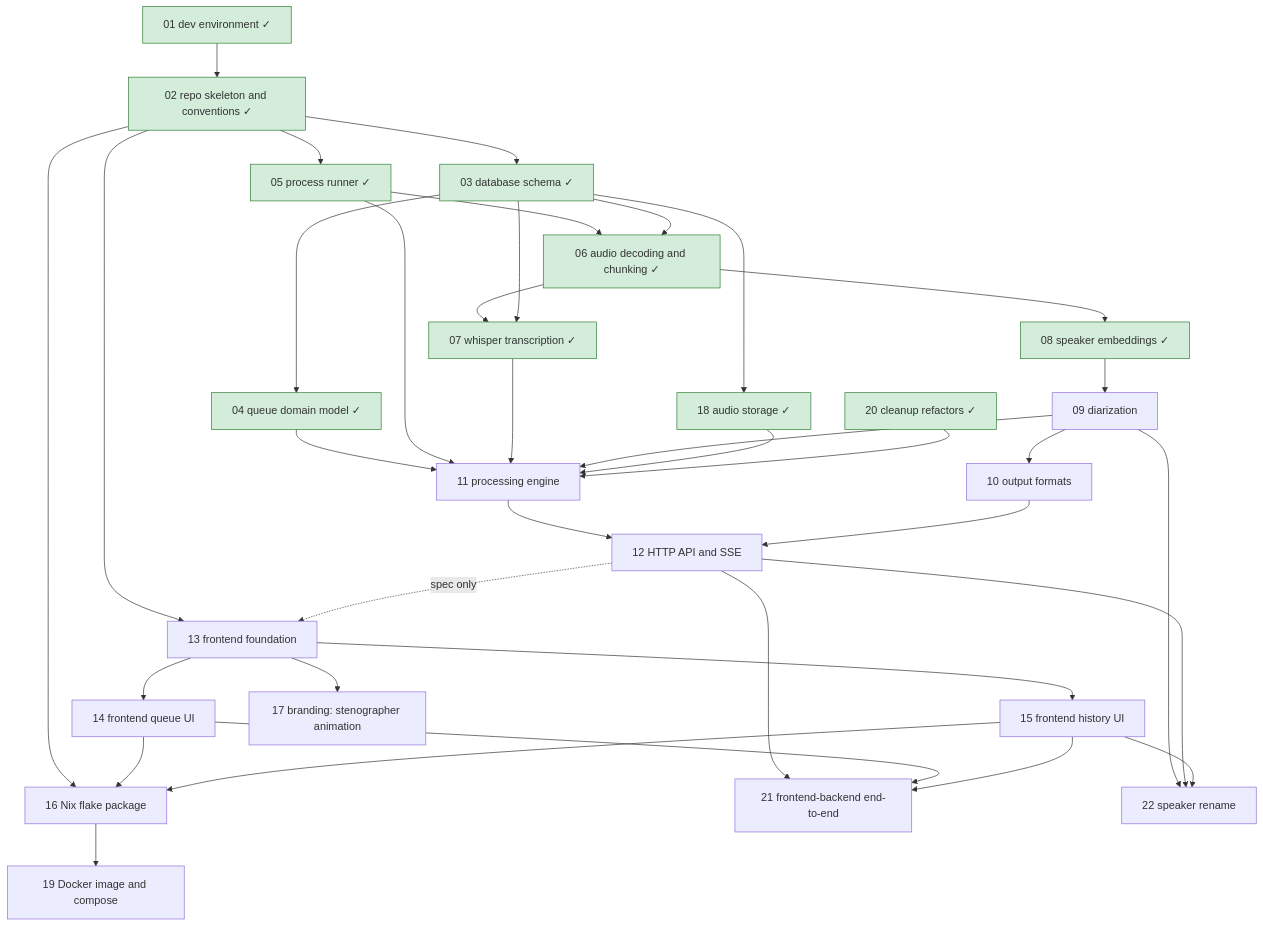
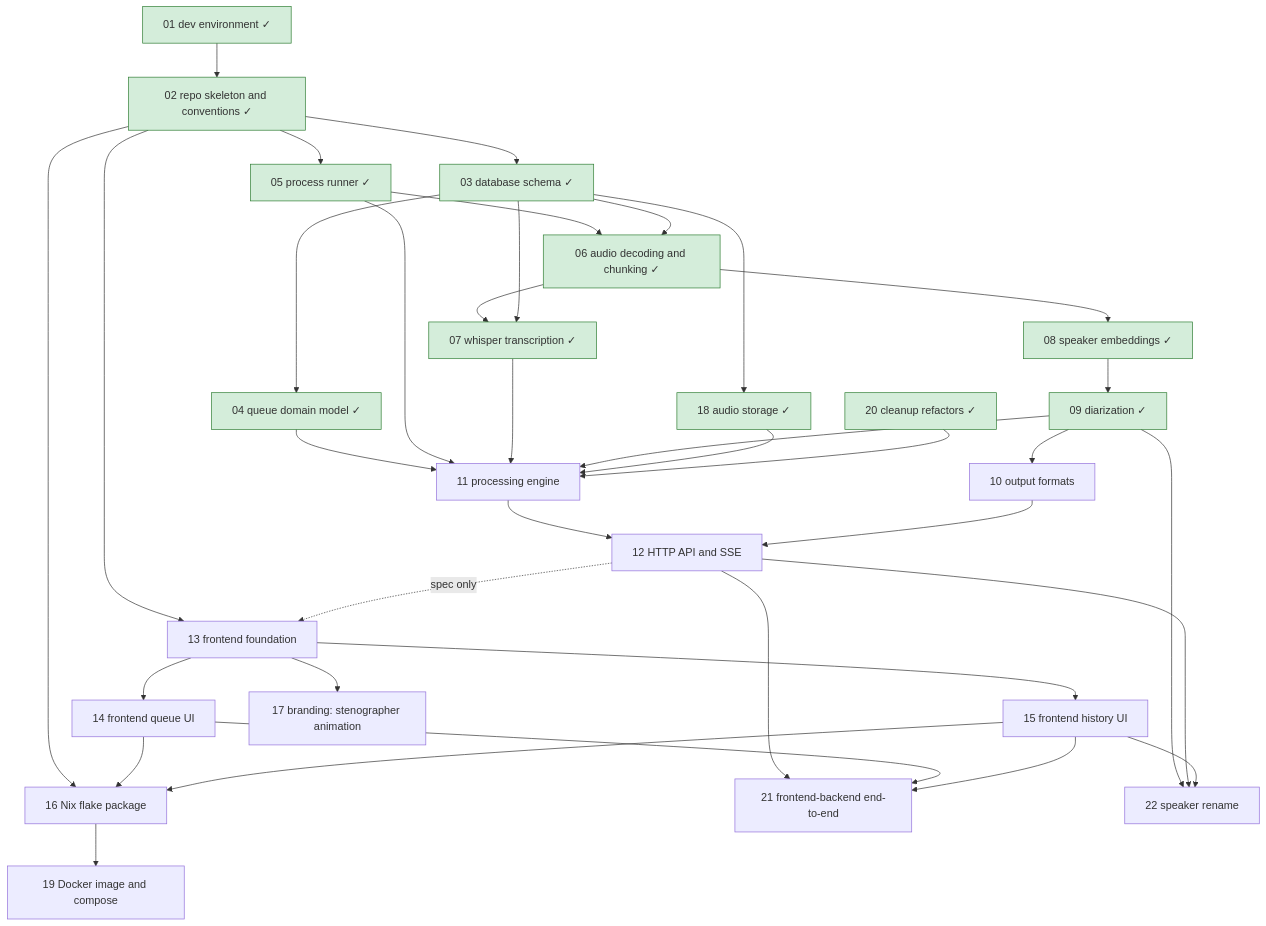
One commit to lulu-berlin/speech-to-text-app changed the diagram in roadmap/README.md. Above: the diagram before and after it, drawn with Mermaid. The commit also changed other lines of this file and 5 other files, not shown here.

Commit message:
Complete roadmap item 09: move spec to docs/specs/diarization.md

````diff
--- a/roadmap/README.md
+++ b/roadmap/README.md
@@ -17,40 +17,40 @@
 ```mermaid
 graph TD
   01[01 dev environment ✓]:::done --> 02[02 repo skeleton and conventions ✓]:::done
   02 --> 03[03 database schema ✓]:::done
   03 --> 04[04 queue domain model ✓]:::done
   02 --> 05[05 process runner ✓]:::done
   05 --> 06[06 audio decoding and chunking ✓]:::done
   03 --> 06
   06 --> 07[07 whisper transcription ✓]:::done
   03 --> 07
   06 --> 08[08 speaker embeddings ✓]:::done
-  08 --> 09[09 diarization]
+  08 --> 09[09 diarization ✓]:::done
   09 --> 10[10 output formats]
   04 --> 11[11 processing engine]
   05 --> 11
   07 --> 11
   09 --> 11
   03 --> 18[18 audio storage ✓]:::done
   18 --> 11
   20 --> 11
   11 --> 12[12 HTTP API and SSE]
   10 --> 12
   02 --> 13[13 frontend foundation]
   12 -. spec only .-> 13
   13 --> 14[14 frontend queue UI]
   13 --> 15[15 frontend history UI]
   02 --> 16[16 Nix flake package]
   14 --> 16
   15 --> 16
   13 --> 17[17 branding: stenographer animation]
   16 --> 19[19 Docker image and compose]
   20[20 cleanup refactors ✓]:::done
   12 --> 21[21 frontend-backend end-to-end]
   14 --> 21
   15 --> 21
   09 --> 22[22 speaker rename]
   12 --> 22
   15 --> 22
   classDef done fill:#d4edda,stroke:#2e7d32
 ```
````
